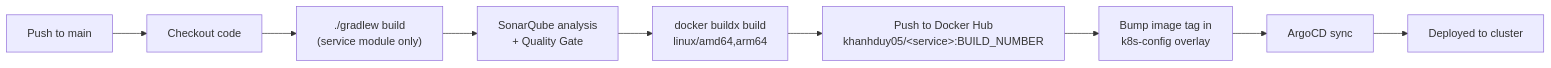
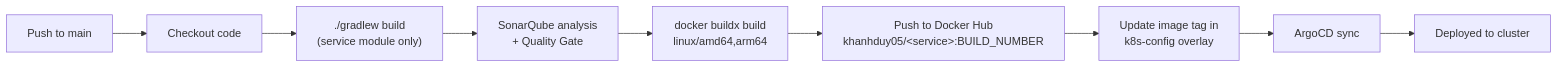
Before and after one commit to nguyenkdy/DevOps_BlogApp: the third of 3 diagrams in README.md, drawn with Mermaid. The commit also changed other lines of this file, not shown here.

Commit message:
change architecture and ci/cd

````diff
--- a/README.md
+++ b/README.md
@@ -155,11 +155,11 @@
 ```mermaid
 flowchart LR
     A["Push to main"] --> B["Checkout code"]
     B --> C["./gradlew build<br/>(service module only)"]
     C --> D["SonarQube analysis<br/>+ Quality Gate"]
     D --> E["docker buildx build<br/>linux/amd64,arm64"]
     E --> F["Push to Docker Hub<br/>khanhduy05/&lt;service&gt;:BUILD_NUMBER"]
-    F --> G["Bump image tag in<br/>k8s-config overlay"]
+    F --> G["Update image tag in<br/>k8s-config overlay"]
     G --> H["ArgoCD sync"]
     H --> I["Deployed to cluster"]
 ```
````
